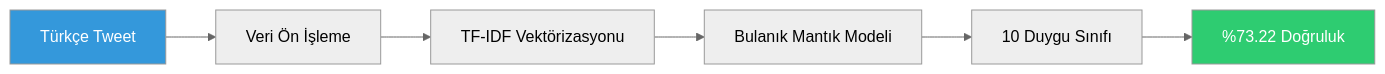
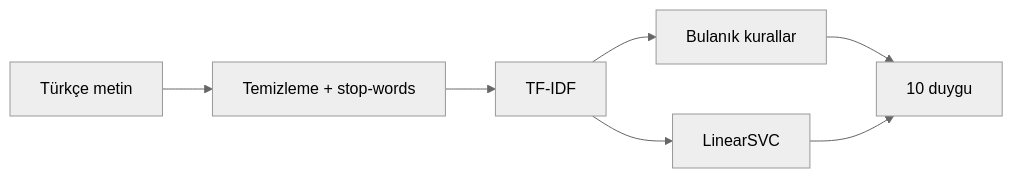
One commit to mehmet-karataslar/TurkceDuyguAnalizi changed the diagram in README.md. Above: the diagram before and after it, drawn with Mermaid (neutral theme). The commit also changed other lines of this file and 15 other files, not shown here.

````diff
--- a/README.md
+++ b/README.md
@@ -39,11 +28,9 @@
 ```mermaid
-graph LR
-    A[Türkçe Tweet] --> B[Veri Ön İşleme]
-    B --> C[TF-IDF Vektörizasyonu]
-    C --> D[Bulanık Mantık Modeli]
-    D --> E[10 Duygu Sınıfı]
-    E --> F[%73.22 Doğruluk]
-    
-    style A fill:#3498db,color:#fff
-    style F fill:#2ecc71,color:#fff
+flowchart LR
+  A[Türkçe metin] --> B[Temizleme + stop-words]
+  B --> C[TF-IDF]
+  C --> D1[Bulanık kurallar]
+  C --> D2[LinearSVC]
+  D1 --> E[10 duygu]
+  D2 --> E
 ```
````
